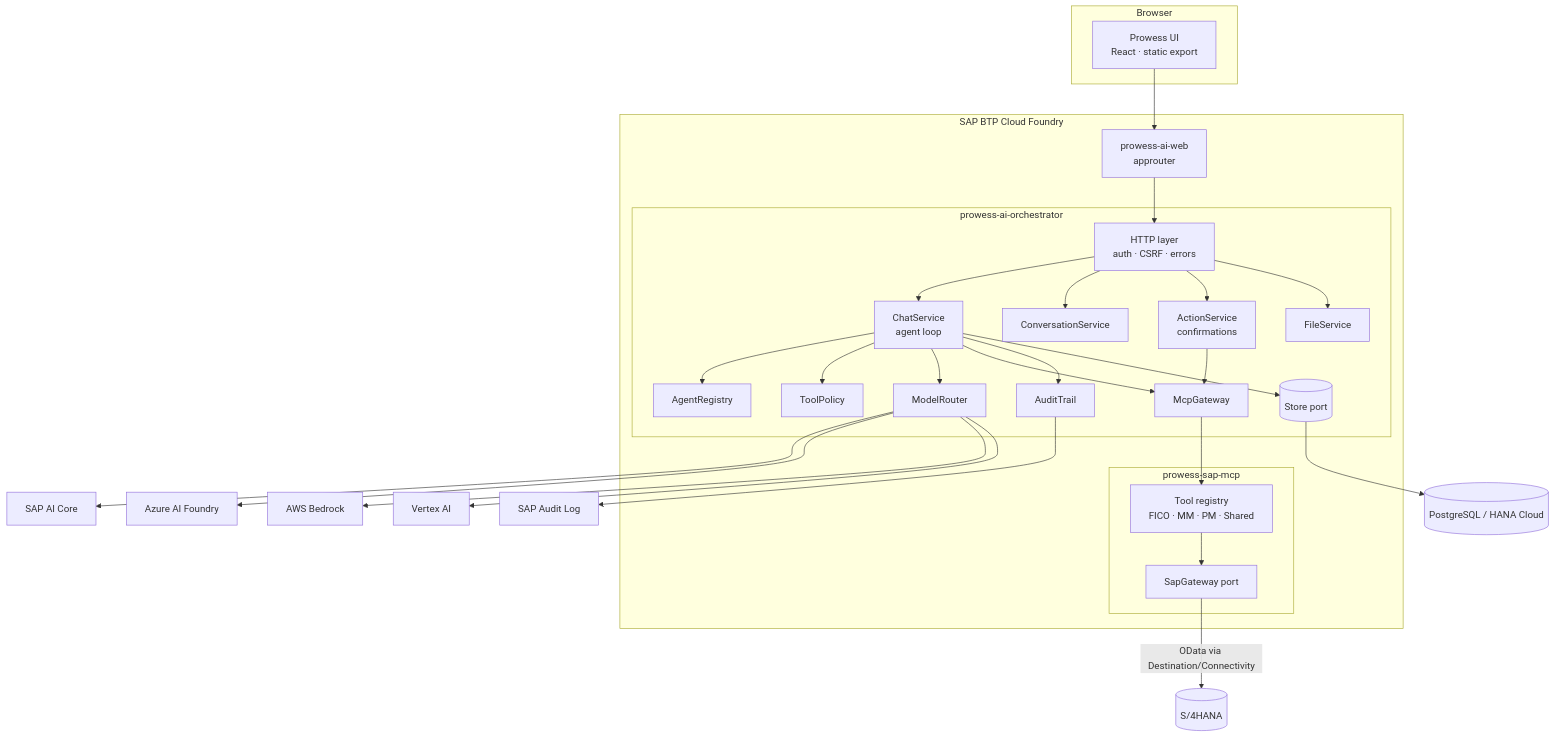
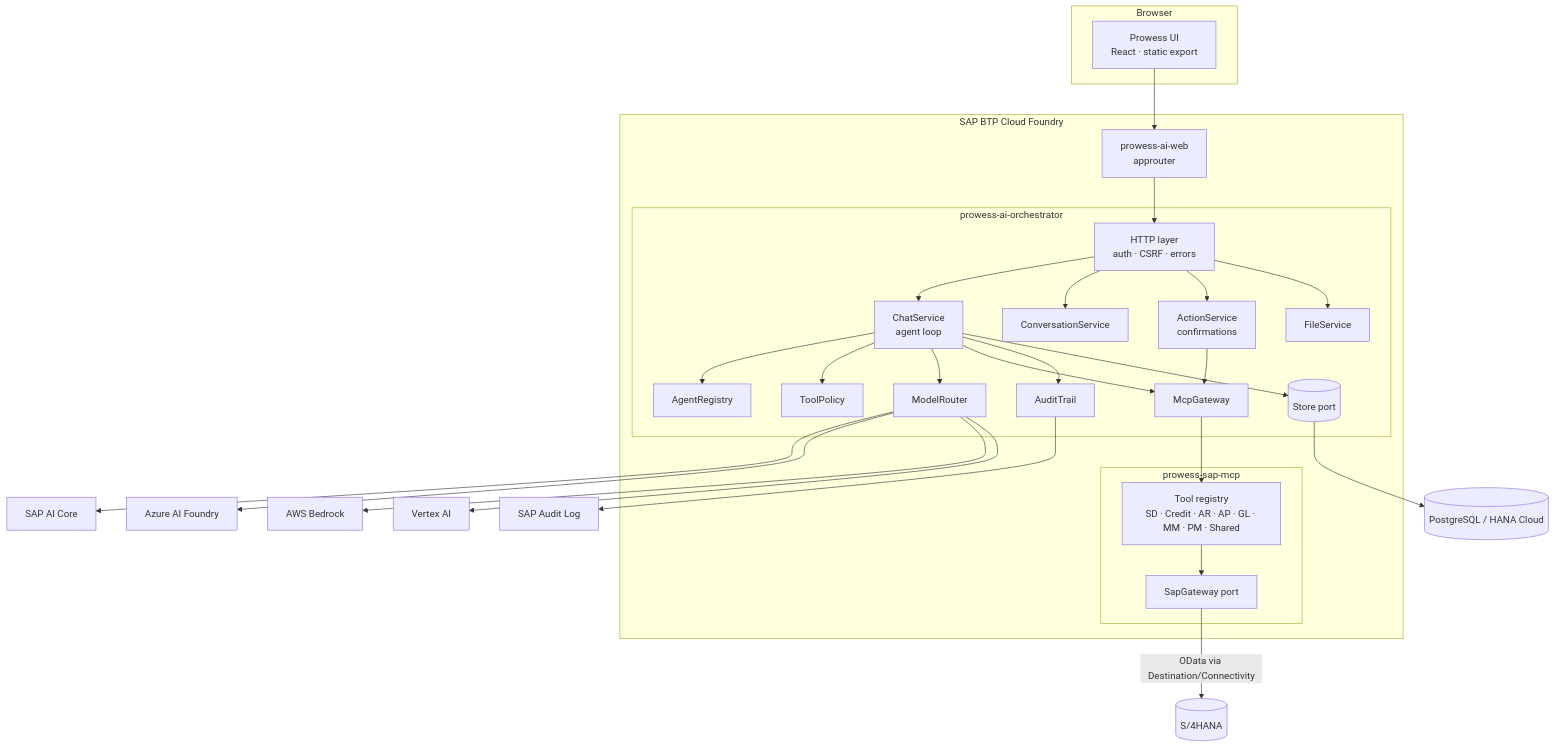
Before and after one commit to mukeshdayaland/SAP_AI_AGENTS: the first of 2 diagrams in docs/architecture.md, drawn with Mermaid. The commit also changed other lines of this file and 33 other files, not shown here.

````diff
--- a/docs/architecture.md
+++ b/docs/architecture.md
@@ -17,35 +17,35 @@
 ```mermaid
 flowchart TB
   subgraph Browser
     UI[Prowess UI<br/>React · static export]
   end
   subgraph BTP["SAP BTP Cloud Foundry"]
     AR[prowess-ai-web<br/>approuter]
     subgraph ORCH[prowess-ai-orchestrator]
       API[HTTP layer<br/>auth · CSRF · errors]
       CHAT[ChatService<br/>agent loop]
       CONV[ConversationService]
       ACT[ActionService<br/>confirmations]
       FILES[FileService]
       REG[AgentRegistry]
       POL[ToolPolicy]
       ROUTER[ModelRouter]
       MCPC[McpGateway]
       AUD[AuditTrail]
       STORE[(Store port)]
     end
     subgraph MCP[prowess-sap-mcp]
-      TOOLS[Tool registry<br/>FICO · MM · PM · Shared]
+      TOOLS[Tool registry<br/>SD · Credit · AR · AP · GL · MM · PM · Shared]
       GW[SapGateway port]
     end
   end
   UI --> AR --> API
   API --> CHAT & CONV & ACT & FILES
   CHAT --> REG & POL & ROUTER & MCPC & AUD & STORE
   ACT --> MCPC
   MCPC --> TOOLS --> GW
   GW -->|OData via Destination/Connectivity| S4[(S/4HANA)]
   ROUTER --> P1[SAP AI Core] & P2[Azure AI Foundry] & P3[AWS Bedrock] & P4[Vertex AI]
   STORE --> PG[(PostgreSQL / HANA Cloud)]
   AUD --> AL[SAP Audit Log]
 ```
````
